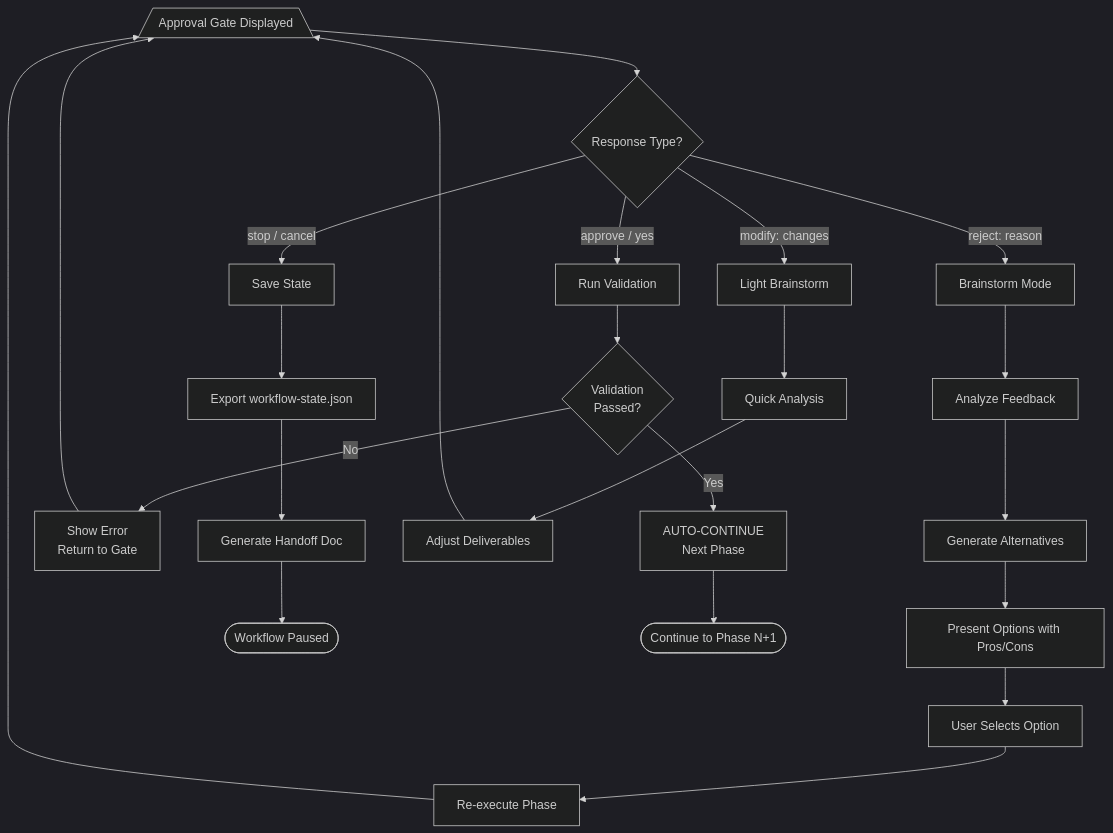
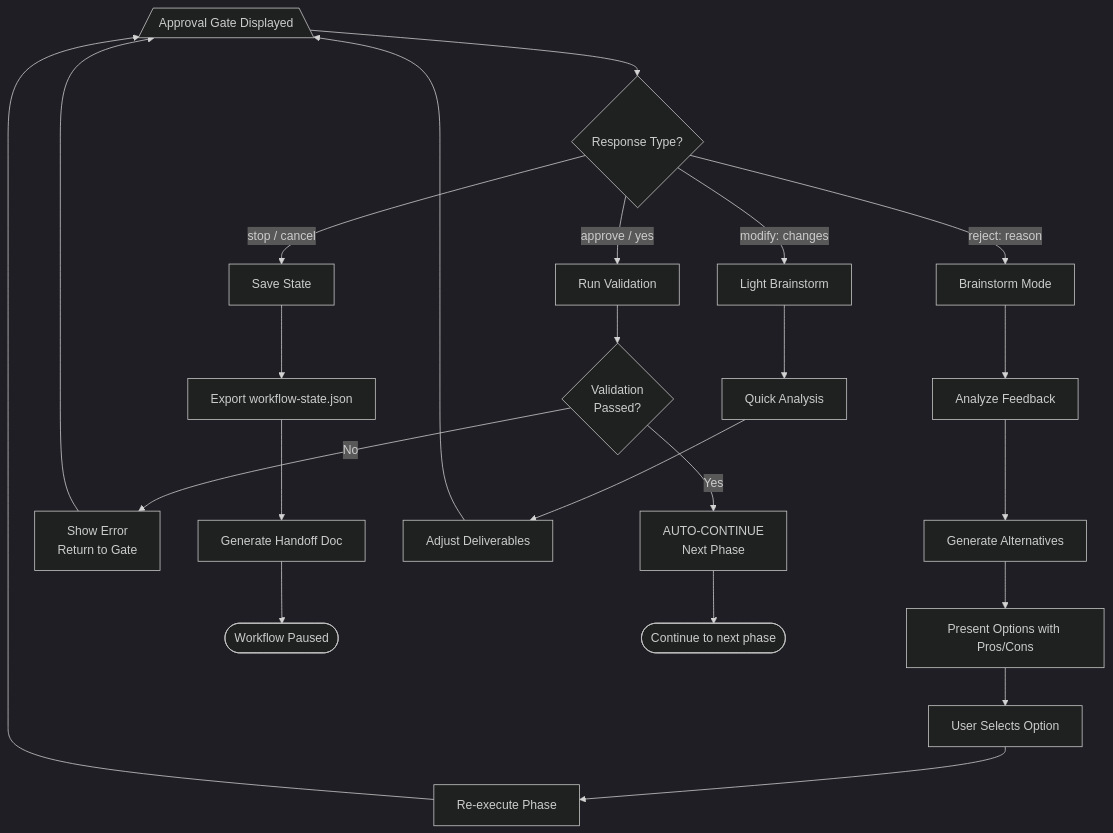
Diagram 19 of 20 in aura-frog/docs/WORKFLOW_DIAGRAMS.md (nguyenthienthanh/aura-frog), drawn with Mermaid (dark theme) before and after one commit. The commit also changed other lines of this file and 123 other files, not shown here.

````diff
--- a/aura-frog/docs/WORKFLOW_DIAGRAMS.md
+++ b/aura-frog/docs/WORKFLOW_DIAGRAMS.md
@@ -889,33 +776,33 @@
 ```mermaid
 flowchart TD
     GATE[/"Approval Gate Displayed"\]
 
     GATE --> R1{Response Type?}
 
     R1 -->|approve / yes| V1[Run Validation]
     R1 -->|reject: reason| B1[Brainstorm Mode]
     R1 -->|modify: changes| M1[Light Brainstorm]
     R1 -->|stop / cancel| S1[Save State]
 
     V1 --> V2{Validation<br/>Passed?}
     V2 -->|Yes| NEXT[AUTO-CONTINUE<br/>Next Phase]
     V2 -->|No| ERR[Show Error<br/>Return to Gate]
     ERR --> GATE
 
     B1 --> B2[Analyze Feedback]
     B2 --> B3[Generate Alternatives]
     B3 --> B4[Present Options with Pros/Cons]
     B4 --> B5[User Selects Option]
     B5 --> B6[Re-execute Phase]
     B6 --> GATE
 
     M1 --> M2[Quick Analysis]
     M2 --> M3[Adjust Deliverables]
     M3 --> GATE
 
     S1 --> S2[Export workflow-state.json]
     S2 --> S3[Generate Handoff Doc]
     S3 --> END([Workflow Paused])
 
-    NEXT --> DONE([Continue to Phase N+1])
+    NEXT --> DONE([Continue to next phase])
 ```
````
